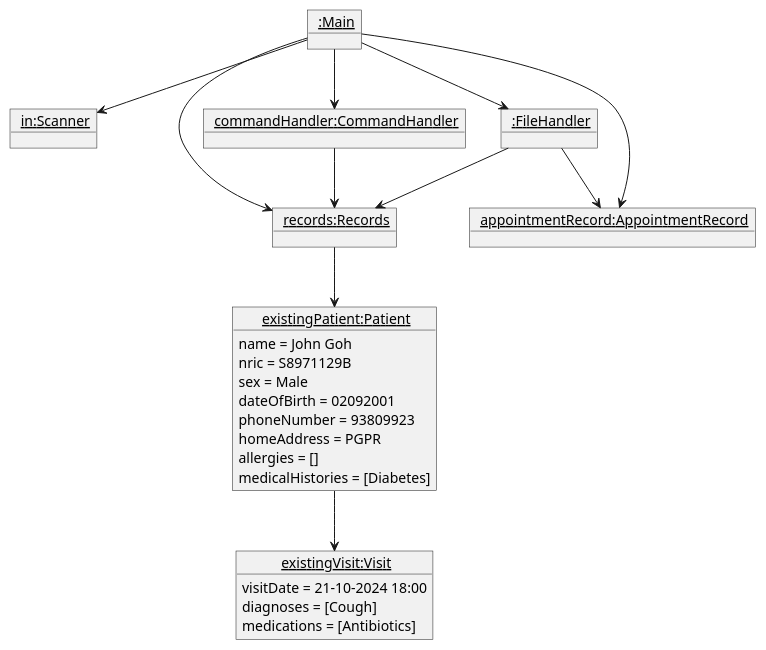
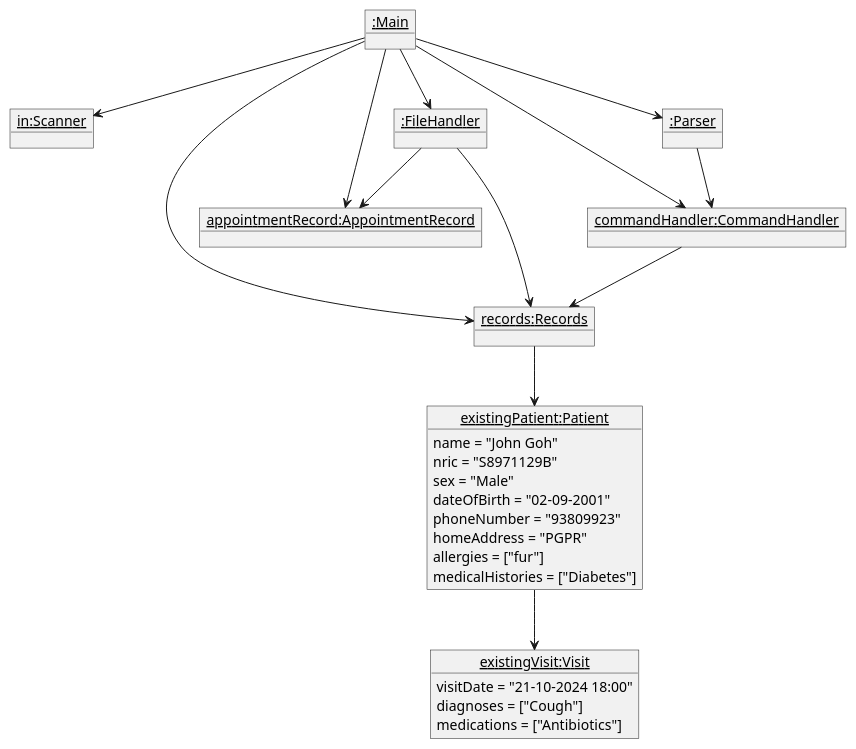
Before and after one commit to yentheng0110/tp: the diagram in docs/ObjectDiagramBeforeAddPatient.puml, drawn with PlantUML. The commit also changed 1 other file, not shown here.

Commit message:
update ObjectDiagramBeforeAddPatient Object Diagram

```diff
--- a/docs/ObjectDiagramBeforeAddPatient.puml
+++ b/docs/ObjectDiagramBeforeAddPatient.puml
@@ -1,38 +1,62 @@
 @startuml
 'https://plantuml.com/object-diagram
+skinparam classAttributeIconSize 0
+hide circle
 
-object "<u> :Main</u>" as Main
-object "<u> in:Scanner</u>" as Scanner
-object "<u> records:Records</u>" as Records
-object "<u> appointmentRecord:AppointmentRecord</u>" as AppointmentRecord
-object "<u> :FileHandler</u>" as FileHandler
-object "<u> commandHandler:CommandHandler</u>" as CommandHandler
+object "<u>:Main</u>" as Main
 
-object "<u> existingPatient:Patient</u>" as Patient {
-name = John Goh
-nric = S8971129B
-sex = Male
-dateOfBirth = 02092001
-phoneNumber = 93809923
-homeAddress = PGPR
-allergies = []
-medicalHistories = [Diabetes]
+object "<u>in:Scanner</u>" as Scanner {
+
 }
 
-object "<u> existingVisit:Visit</u>" as Visit {
-visitDate = 21-10-2024 18:00
-diagnoses = [Cough]
-medications = [Antibiotics]
+object "<u>records:Records</u>" as Records {
+
+}
+
+object "<u>appointmentRecord:AppointmentRecord</u>" as AppointmentRecord {
+
+}
+
+object "<u>:FileHandler</u>" as FileHandler {
+
+}
+
+object "<u>commandHandler:CommandHandler</u>" as CommandHandler {
+
+}
+
+object "<u>:Parser</u>" as Parser {
+
+}
+
+object "<u>existingPatient:Patient</u>" as Patient {
+    name = "John Goh"
+    nric = "S8971129B"
+    sex = "Male"
+    dateOfBirth = "02-09-2001"
+    phoneNumber = "93809923"
+    homeAddress = "PGPR"
+    allergies = ["fur"]
+    medicalHistories = ["Diabetes"]
+}
+
+object "<u>existingVisit:Visit</u>" as Visit {
+    visitDate = "21-10-2024 18:00"
+    diagnoses = ["Cough"]
+    medications = ["Antibiotics"]
 }
 
 Main --> Scanner
 Main --> Records
 Main --> AppointmentRecord
 Main --> FileHandler
 Main --> CommandHandler
+Main --> Parser
+Parser --> CommandHandler
 Patient --> Visit
 CommandHandler --> Records
 Records --> Patient
 FileHandler --> Records
 FileHandler --> AppointmentRecord
+
 @enduml
```
